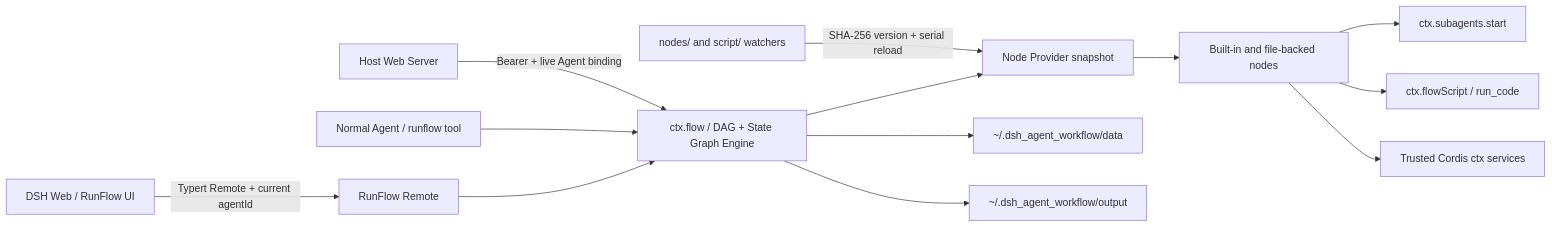
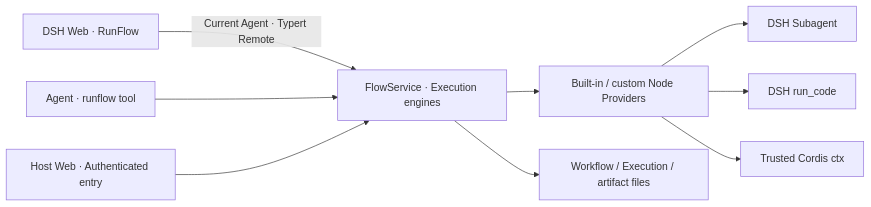
One commit to breaking153/dsh-runflow changed the diagram in README.en.md. Above: the diagram before and after it, drawn with Mermaid. The commit also changed other lines of this file and 256 other files, not shown here.

First line of the commit message:
feat: add Blueprint execution pins and runnable Flow demos

````diff
--- a/README.en.md
+++ b/README.en.md
@@ -155,15 +137,11 @@
 ```mermaid
 flowchart LR
-  UI[DSH Web / RunFlow UI] -->|Typert Remote + current agentId| REMOTE[RunFlow Remote]
-  REMOTE --> FLOW[ctx.flow / DAG + State Graph Engine]
-  AGENT[Normal Agent / runflow tool] --> FLOW
-  WEB[Host Web Server] -->|Bearer + live Agent binding| FLOW
-  FLOW --> SNAPSHOT[Node Provider snapshot]
-  SNAPSHOT --> NODE[Built-in and file-backed nodes]
-  NODE --> SUB[ctx.subagents.start]
-  NODE --> CODE[ctx.flowScript / run_code]
-  NODE --> HOST[Trusted Cordis ctx services]
-  FLOW --> DATA[~/.dsh_agent_workflow/data]
-  FLOW --> OUTPUT[~/.dsh_agent_workflow/output]
-  WATCH[nodes/ and script/ watchers] -->|SHA-256 version + serial reload| SNAPSHOT
+  UI["DSH Web · RunFlow"] -->|"Current Agent · Typert Remote"| FLOW["FlowService · Execution engines"]
+  AGENT["Agent · runflow tool"] --> FLOW
+  WEB["Host Web · Authenticated entry"] --> FLOW
+  FLOW --> NODES["Built-in / custom Node Providers"]
+  NODES --> SUB["DSH Subagent"]
+  NODES --> CODE["DSH run_code"]
+  NODES --> CTX["Trusted Cordis ctx"]
+  FLOW --> FILES["Workflow / Execution / artifact files"]
 ```
````
